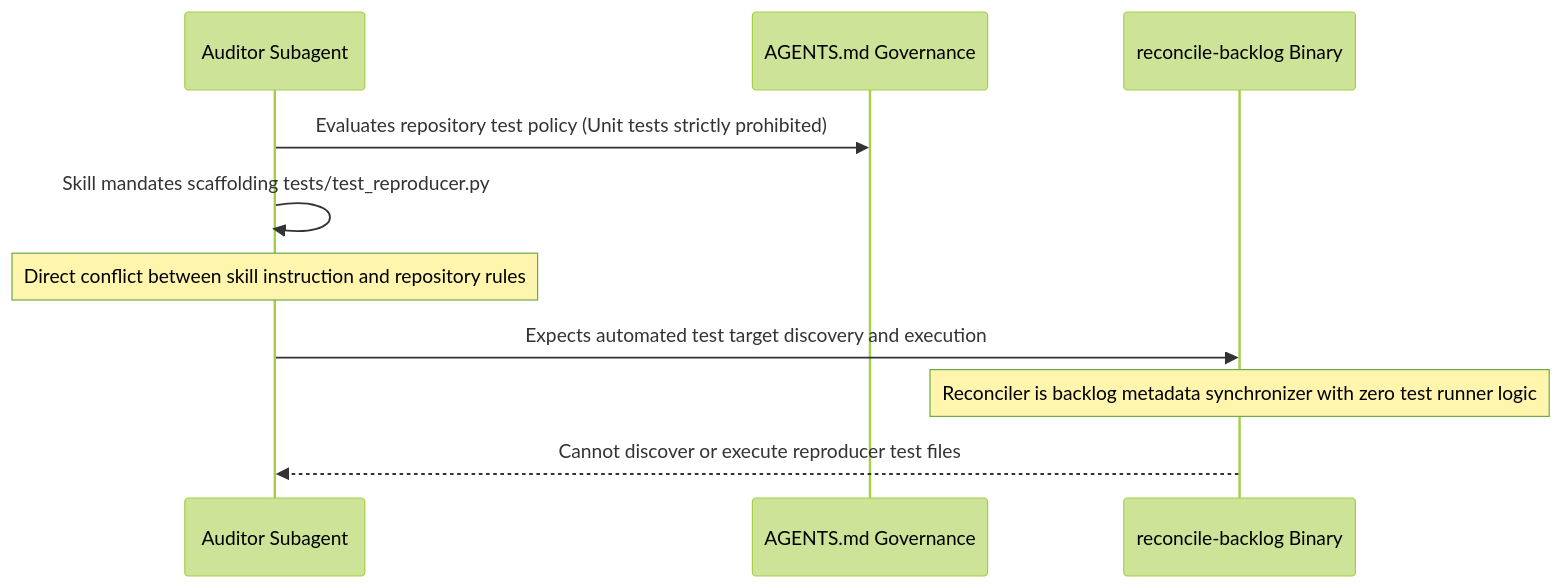
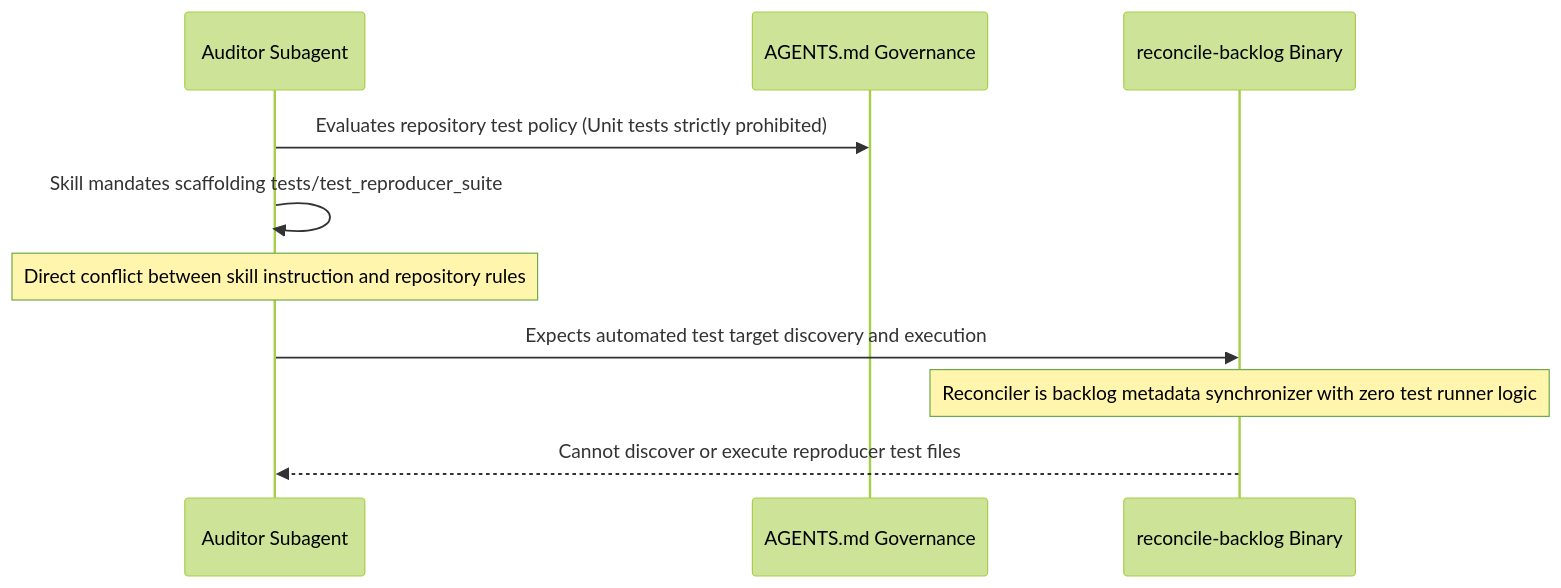
Diagram 20 of 20 in docs/reports/MERMAID_RENDERING_VERIFICATION.md (gintatkinson/dumpiler-01), drawn with Mermaid (forest theme) before and after one commit. The commit also changed other lines of this file and 218 other files, not shown here.

````diff
--- a/docs/reports/MERMAID_RENDERING_VERIFICATION.md
+++ b/docs/reports/MERMAID_RENDERING_VERIFICATION.md
@@ -846,12 +848,12 @@
 ```mermaid
 sequenceDiagram
     participant Auditor as Auditor Subagent
     participant RepoRules as AGENTS.md Governance
     participant Reconciler as reconcile-backlog Binary
     Auditor->>RepoRules: Evaluates repository test policy (Unit tests strictly prohibited)
-    Auditor->>Auditor: Skill mandates scaffolding tests/test_reproducer.py
+    Auditor->>Auditor: Skill mandates scaffolding tests/test_reproducer_suite
     Note over Auditor: Direct conflict between skill instruction and repository rules
     Auditor->>Reconciler: Expects automated test target discovery and execution
     Note over Reconciler: Reconciler is backlog metadata synchronizer with zero test runner logic
     Reconciler-->>Auditor: Cannot discover or execute reproducer test files
 ```
````
